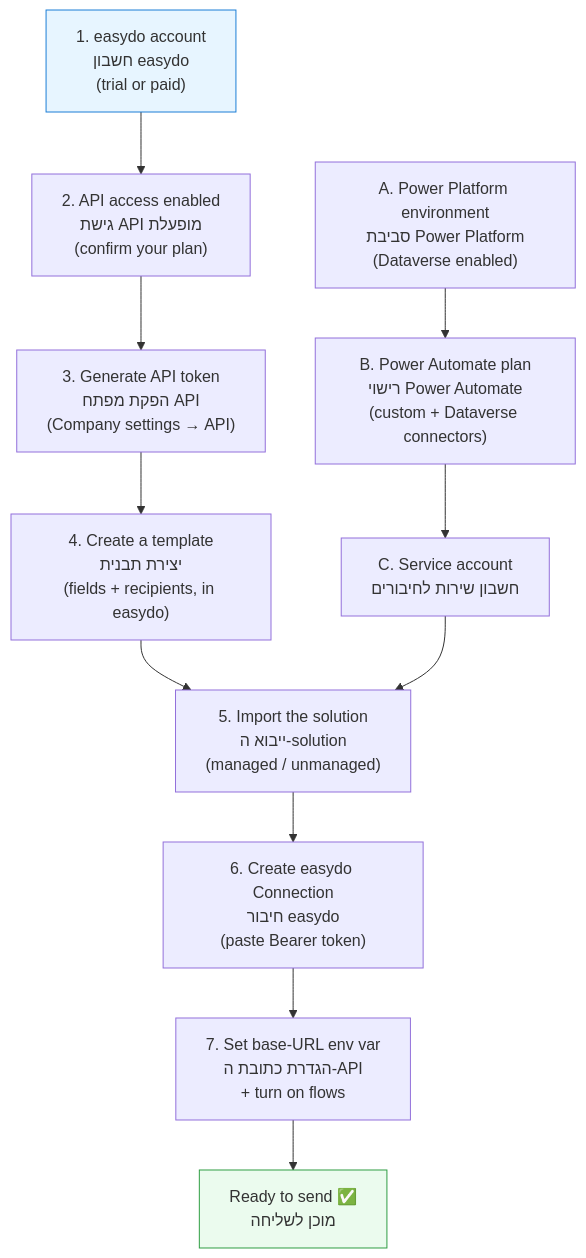
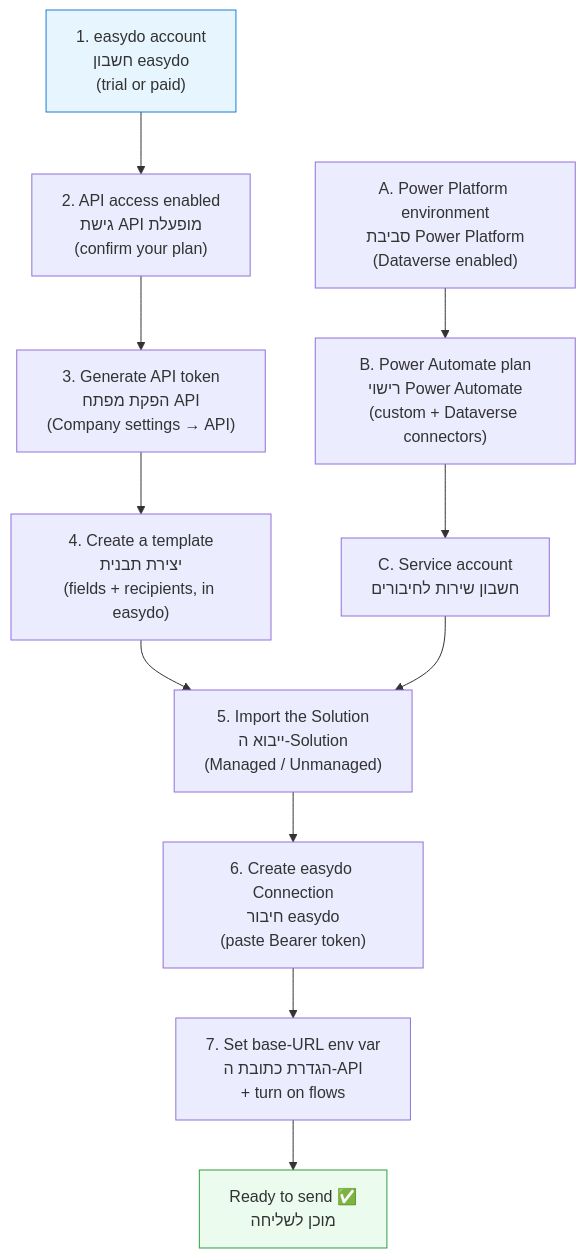
One commit to alexander-you/D365-easydo changed the diagram in docs/prerequisites.md. Above: the diagram before and after it, drawn with Mermaid. The commit also changed other lines of this file and 16 other files, not shown here.

````diff
--- a/docs/prerequisites.md
+++ b/docs/prerequisites.md
@@ -14,18 +14,18 @@
 ```mermaid
 flowchart TD
     A["1. easydo account<br/>חשבון easydo<br/>(trial or paid)"] --> B["2. API access enabled<br/>גישת API מופעלת<br/>(confirm your plan)"]
     B --> C["3. Generate API token<br/>הפקת מפתח API<br/>(Company settings → API)"]
     C --> D["4. Create a template<br/>יצירת תבנית<br/>(fields + recipients, in easydo)"]
 
     E["A. Power Platform environment<br/>סביבת Power Platform<br/>(Dataverse enabled)"] --> F["B. Power Automate plan<br/>רישוי Power Automate<br/>(custom + Dataverse connectors)"]
     F --> G["C. Service account<br/>חשבון שירות לחיבורים"]
 
-    D --> H["5. Import the solution<br/>ייבוא ה‑solution<br/>(managed / unmanaged)"]
+    D --> H["5. Import the Solution<br/>ייבוא ה‑Solution<br/>(Managed / Unmanaged)"]
     G --> H
     H --> I["6. Create easydo Connection<br/>חיבור easydo<br/>(paste Bearer token)"]
     I --> J["7. Set base‑URL env var<br/>הגדרת כתובת ה‑API<br/>+ turn on flows"]
     J --> K["Ready to send ✅<br/>מוכן לשליחה"]
 
     style A fill:#e7f5ff,stroke:#1c7ed6
     style K fill:#ebfbee,stroke:#2f9e44
 ```
````
